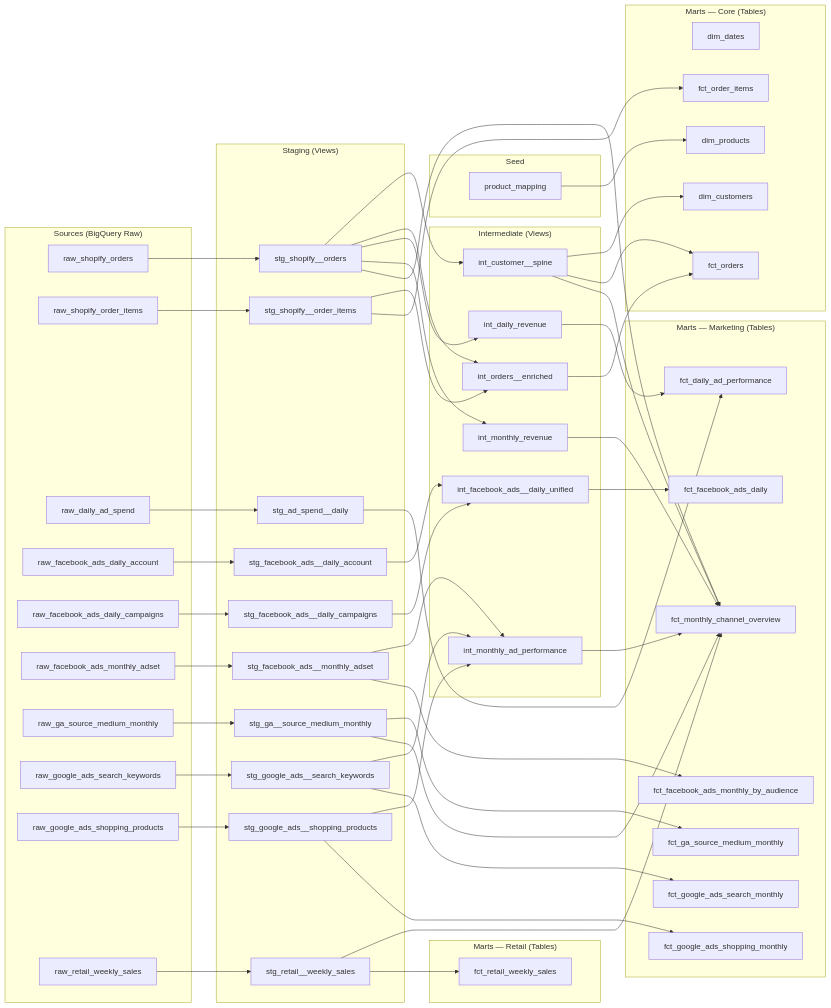
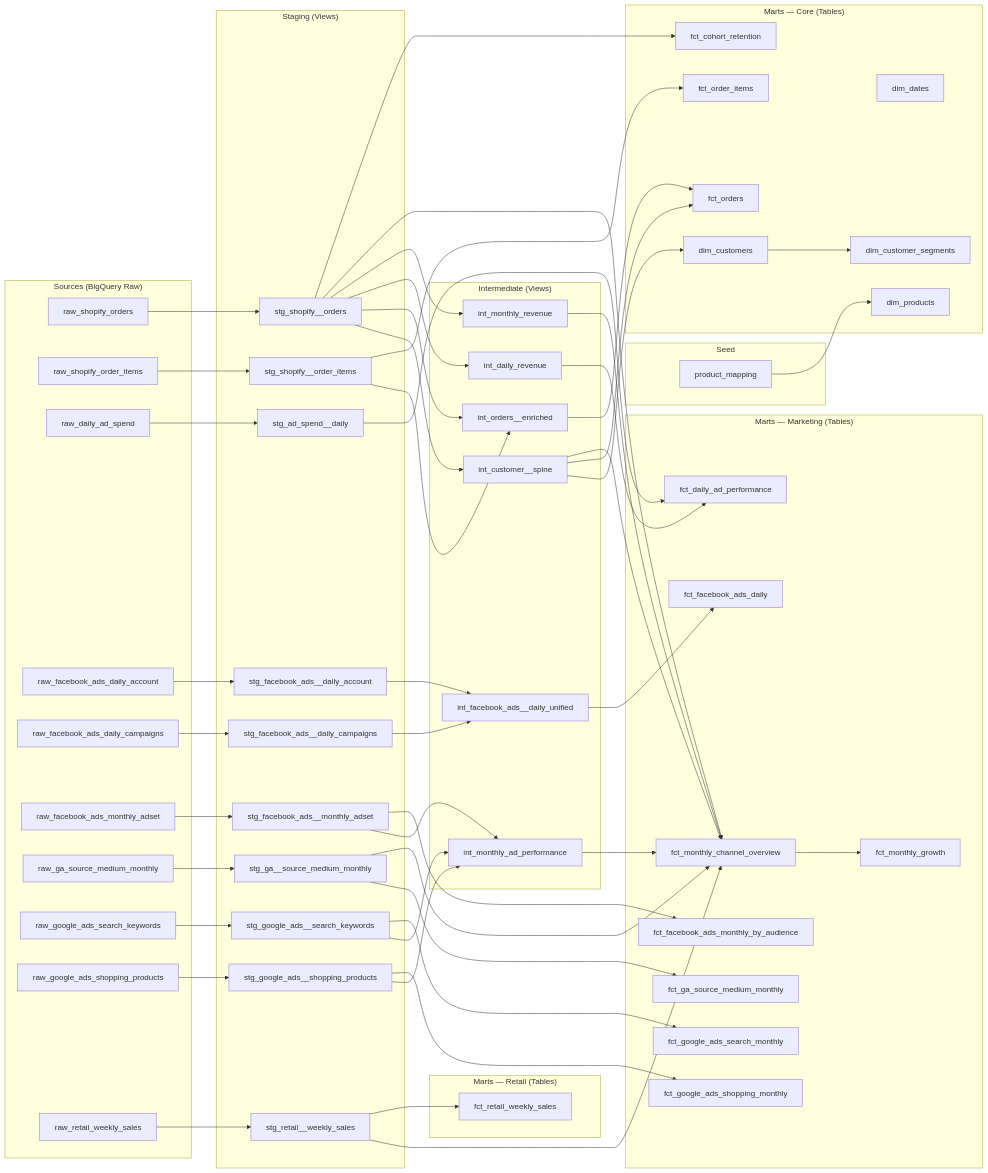
The diagram in docs/erd.md (thomasc1126/dtc-brand-analytics), drawn with Mermaid before and after one commit.

Commit message:
Add missing marts to data lineage diagram
Add fct_cohort_retention, dim_customer_segments, and fct_monthly_growth
to the ERD with their upstream dependencies.

````diff
--- a/docs/erd.md
+++ b/docs/erd.md
@@ -47,6 +47,8 @@
         dim_products[dim_products]
         fct_orders[fct_orders]
         fct_items[fct_order_items]
+        fct_cohort[fct_cohort_retention]
+        dim_segments[dim_customer_segments]
     end
 
     subgraph marts_mktg["Marts — Marketing (Tables)"]
@@ -57,6 +59,7 @@
         fct_google_search_m[fct_google_ads_search_monthly]
         fct_google_shopping_m[fct_google_ads_shopping_monthly]
         fct_channel[fct_monthly_channel_overview]
+        fct_growth[fct_monthly_growth]
     end
 
     subgraph marts_retail["Marts — Retail (Tables)"]
@@ -115,4 +118,11 @@
 
     %% Staging → Marts Retail
     stg_retail --> fct_retail
+
+    %% Additional Core mart edges
+    stg_orders --> fct_cohort
+    dim_customers --> dim_segments
+
+    %% Growth (from channel overview)
+    fct_channel --> fct_growth
 ```
````
